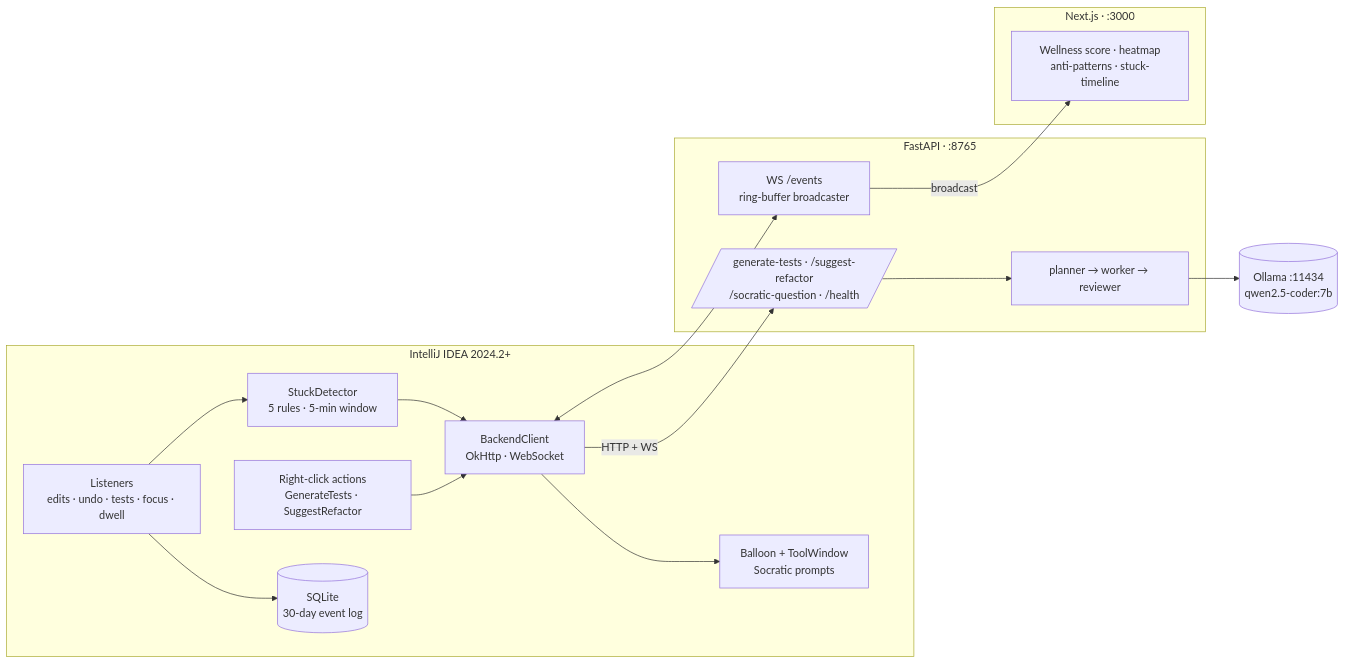
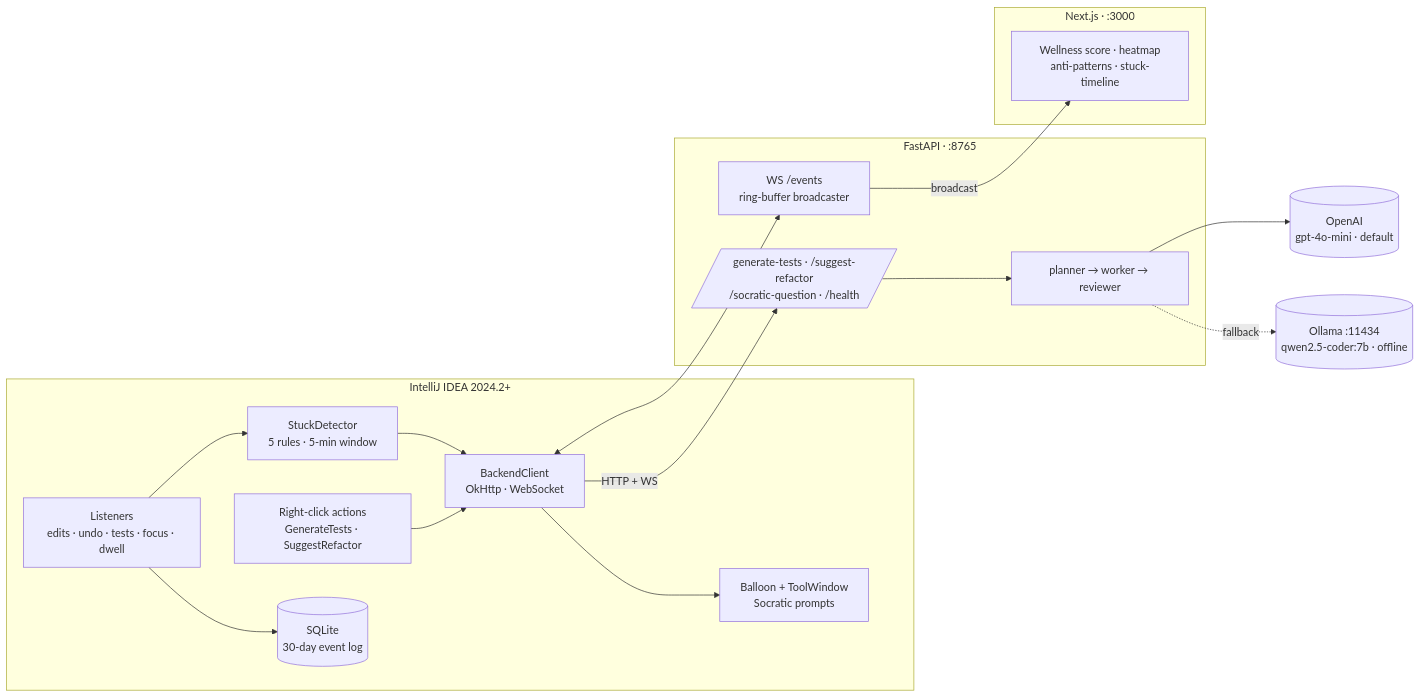
The diagram in README.md (null-checked/hack-kosice-2026), drawn with Mermaid before and after one commit. The commit also changed other lines of this file and 14 other files, not shown here.

Commit message:
feat: change default LLM from ollama to openai + plans adjustment

````diff
--- a/README.md
+++ b/README.md
@@ -68,32 +68,35 @@
 ```mermaid
 flowchart LR
   subgraph IDE[IntelliJ IDEA 2024.2+]
     Listeners[Listeners<br/>edits · undo · tests · focus · dwell]
     StuckDet[StuckDetector<br/>5 rules · 5-min window]
     Actions[Right-click actions<br/>GenerateTests · SuggestRefactor]
     UI[Balloon + ToolWindow<br/>Socratic prompts]
     SQLite[(SQLite<br/>30-day event log)]
     Bridge[BackendClient<br/>OkHttp · WebSocket]
     Listeners --> SQLite
     Listeners --> StuckDet
     StuckDet --> Bridge
     Actions --> Bridge
     Bridge --> UI
   end
 
   subgraph Backend[FastAPI · :8765]
     REST[/generate-tests · /suggest-refactor<br/>/socratic-question · /health/]
     WS[WS /events<br/>ring-buffer broadcaster]
     Pipeline[planner → worker → reviewer]
   end
 
   subgraph Dashboard[Next.js · :3000]
     Wellness[Wellness score · heatmap<br/>anti-patterns · stuck-timeline]
   end
 
-  Ollama[(Ollama :11434<br/>qwen2.5-coder:7b)]
+  OpenAI[(OpenAI<br/>gpt-4o-mini · default)]
+  Ollama[(Ollama :11434<br/>qwen2.5-coder:7b · offline)]
   Bridge -- HTTP + WS --> REST
   Bridge <--> WS
-  REST --> Pipeline --> Ollama
+  REST --> Pipeline
+  Pipeline --> OpenAI
+  Pipeline -. fallback .-> Ollama
   WS -- broadcast --> Wellness
 ```
````
